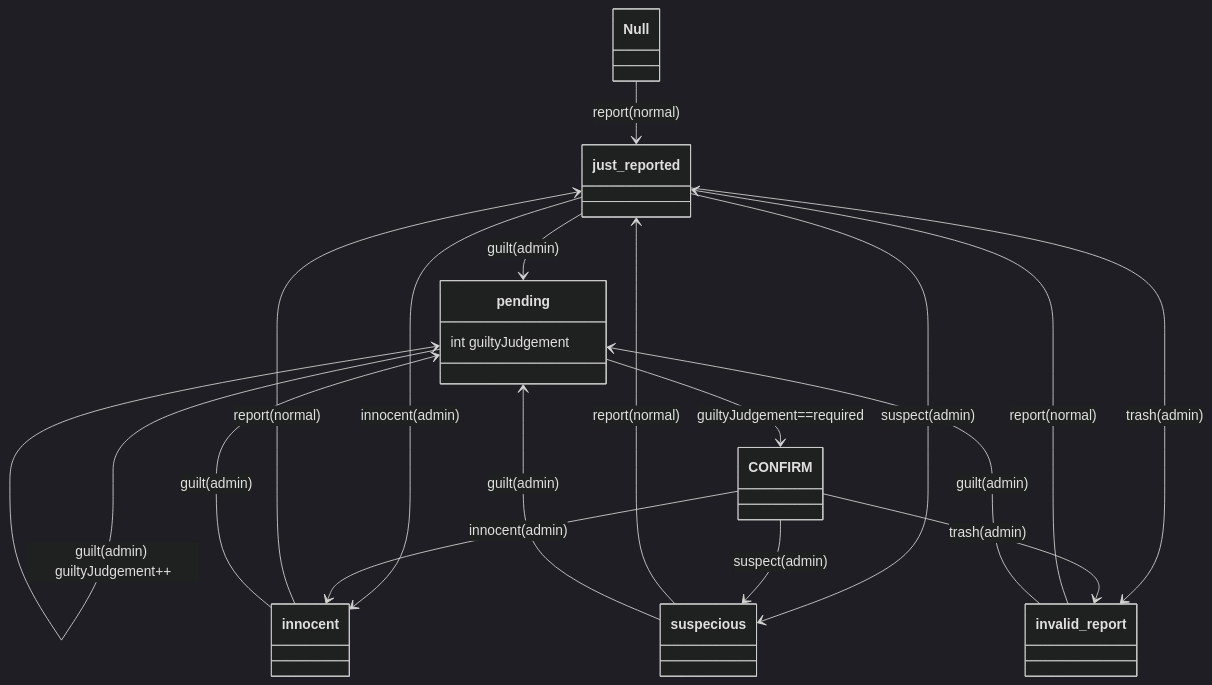
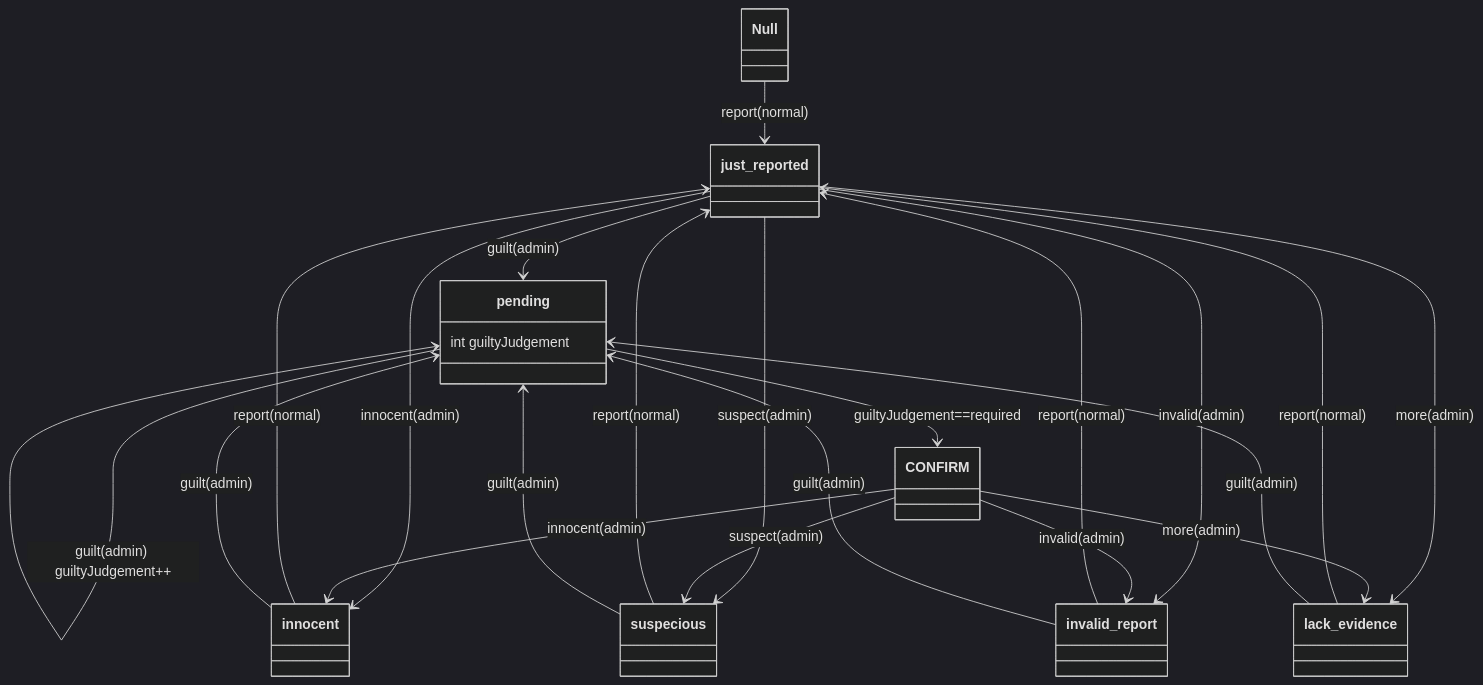
Before and after one commit to BFBAN/bfban-website: the diagram in backend/BFBan 2.0 设计.md, drawn with Mermaid (dark theme). The commit also changed other lines of this file and 4 other files, not shown here.

````diff
--- a/backend/BFBan 2.0 设计.md
+++ b/backend/BFBan 2.0 设计.md
@@ -1078,20 +1078,24 @@
 ```mermaid
 classDiagram
 Null --> just_reported : report(normal)
 just_reported --> pending : guilt(admin)
 pending : int guiltyJudgement
 just_reported --> suspecious : suspect(admin)
-just_reported --> invalid_report : trash(admin)
+just_reported --> invalid_report : invalid(admin)
 just_reported --> innocent : innocent(admin)
+just_reported --> lack_evidence : more(admin)
 suspecious --> just_reported : report(normal)
 invalid_report --> just_reported : report(normal)
+lack_evidence --> just_reported : report(normal)
 innocent --> just_reported : report(normal)
 suspecious --> pending : guilt(admin)
 innocent --> pending : guilt(admin)
 invalid_report --> pending : guilt(admin)
+lack_evidence --> pending : guilt(admin)
 pending --> pending : guilt(admin) guiltyJudgement++
 pending --> CONFIRM : guiltyJudgement==required
 CONFIRM --> innocent : innocent(admin)
 CONFIRM --> suspecious : suspect(admin)
-CONFIRM --> invalid_report : trash(admin)
+CONFIRM --> invalid_report : invalid(admin)
+CONFIRM --> lack_evidence : more(admin)
 ```
````
